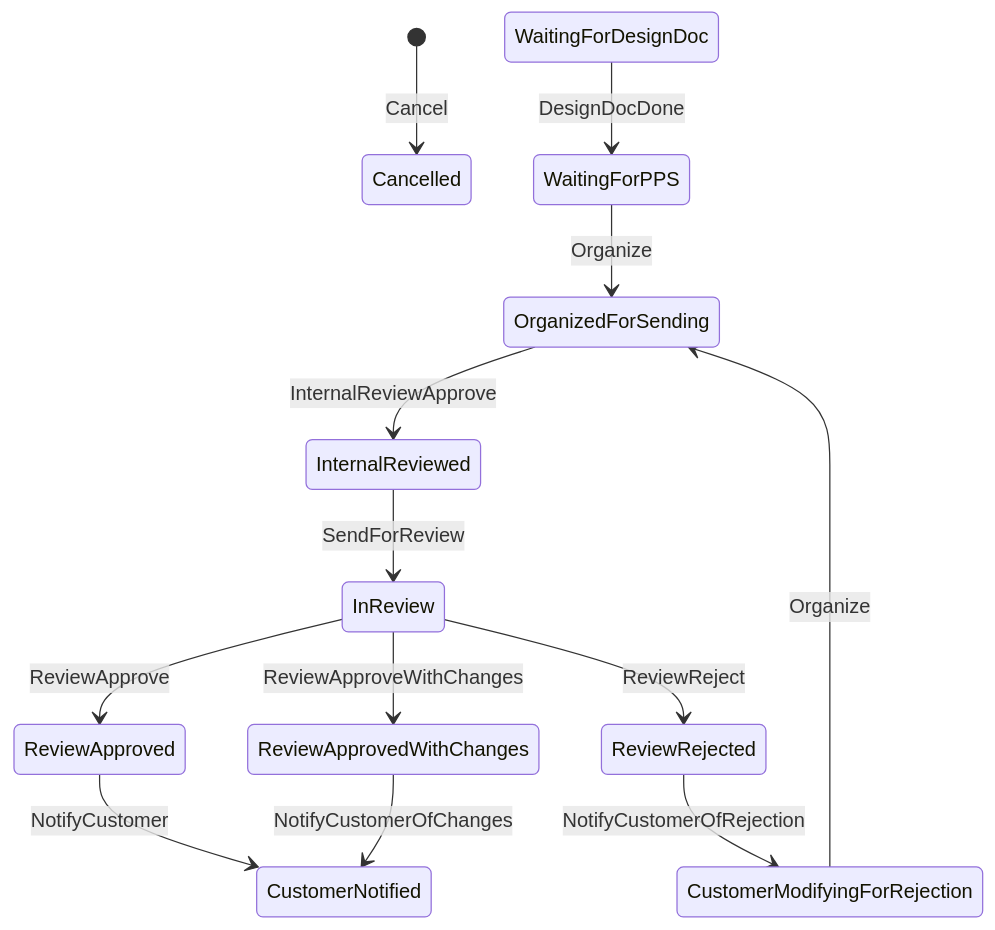
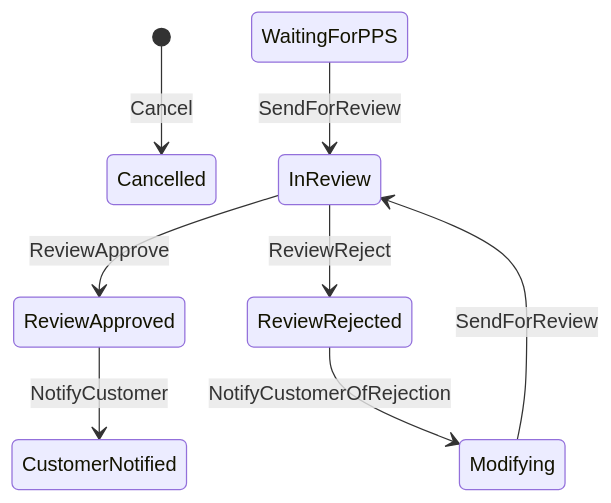
Before and after one commit to FIPOCHINA/fipo-fsm: the diagram in docs/PPS.mermaid, drawn with Mermaid. The commit also changed 47 other files, not shown here.

```diff
--- a/docs/PPS.mermaid
+++ b/docs/PPS.mermaid
@@ -1,13 +1,8 @@
 stateDiagram-v2
 [*] --> Cancelled : Cancel
-WaitingForDesignDoc --> WaitingForPPS : DesignDocDone
-WaitingForPPS --> OrganizedForSending : Organize
-OrganizedForSending --> InternalReviewed : InternalReviewApprove
-InternalReviewed --> InReview : SendForReview
+WaitingForPPS --> InReview : SendForReview
 InReview --> ReviewApproved : ReviewApprove
 InReview --> ReviewRejected : ReviewReject
-InReview --> ReviewApprovedWithChanges : ReviewApproveWithChanges
+ReviewRejected --> Modifying : NotifyCustomerOfRejection
+Modifying --> InReview : SendForReview
 ReviewApproved --> CustomerNotified : NotifyCustomer
-ReviewRejected --> CustomerModifyingForRejection : NotifyCustomerOfRejection
-CustomerModifyingForRejection --> OrganizedForSending : Organize
-ReviewApprovedWithChanges --> CustomerNotified : NotifyCustomerOfChanges
```
